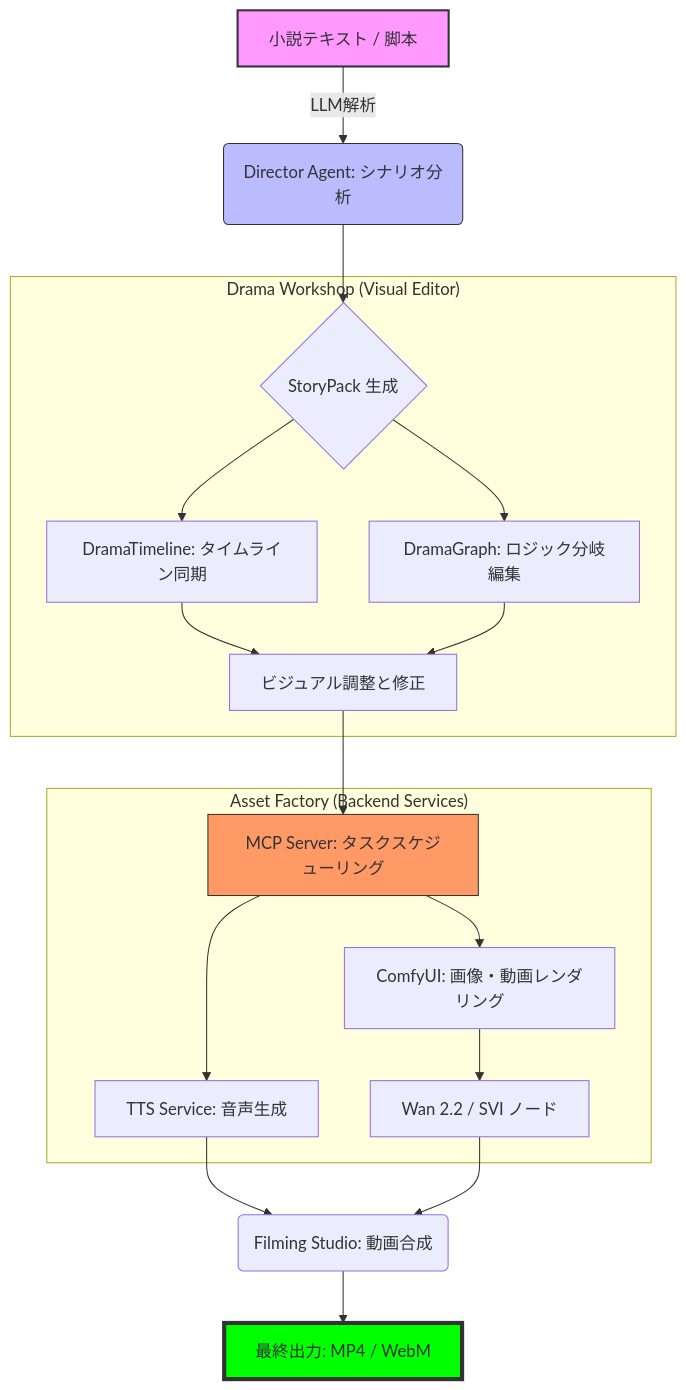
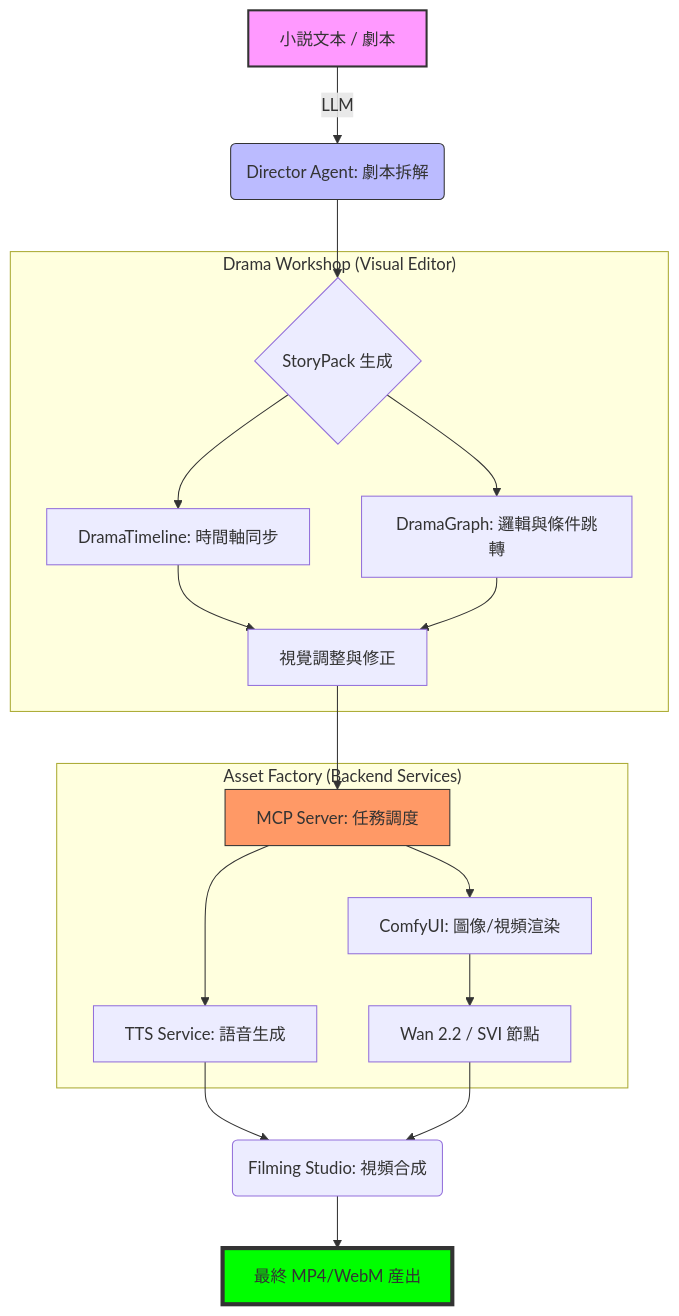
The diagram in public/knowledge/ja/12_diagrams/07.Drama_Production_Workflow.md (AtsushiHarimoto/portfolio), drawn with Mermaid before and after one commit. The commit also changed other lines of this file and 7 other files, not shown here.

Commit message:
docs: 充實 12_diagrams 07-10 日英版完整翻譯（AKIRA 風格+架構解說）

````diff
--- a/public/knowledge/ja/12_diagrams/07.Drama_Production_Workflow.md
+++ b/public/knowledge/ja/12_diagrams/07.Drama_Production_Workflow.md
@@ -11,27 +16,27 @@
 ```mermaid
 graph TD
-    A[小説テキスト / 脚本] -->|LLM解析| B(Director Agent: シナリオ分析)
+    A[小説文本 / 劇本] -->|LLM| B(Director Agent: 劇本拆解)
     B --> C{StoryPack 生成}
 
     subgraph "Drama Workshop (Visual Editor)"
-        C --> D[DramaTimeline: タイムライン同期]
-        C --> E[DramaGraph: ロジック分岐編集]
-        D & E --> F[ビジュアル調整と修正]
+        C --> D[DramaTimeline: 時間軸同步]
+        C --> E[DramaGraph: 邏輯與條件跳轉]
+        D & E --> F[視覺調整與修正]
     end
 
-    F --> G[MCP Server: タスクスケジューリング]
+    F --> G[MCP Server: 任務調度]
 
     subgraph "Asset Factory (Backend Services)"
-        G --> H[TTS Service: 音声生成]
-        G --> I[ComfyUI: 画像・動画レンダリング]
-        I --> J[Wan 2.2 / SVI ノード]
+        G --> H[TTS Service: 語音生成]
+        G --> I[ComfyUI: 圖像/視頻渲染]
+        I --> J[Wan 2.2 / SVI 節點]
     end
 
-    H & J --> K(Filming Studio: 動画合成)
-    K --> L[最終出力: MP4 / WebM]
+    H & J --> K(Filming Studio: 視頻合成)
+    K --> L[最終 MP4/WebM 産出]
 
     style A fill:#f9f,stroke:#333,stroke-width:2px
     style L fill:#00ff00,stroke:#333,stroke-width:4px
     style B fill:#bbf,stroke:#333
     style G fill:#f96,stroke:#333
 ```
````
